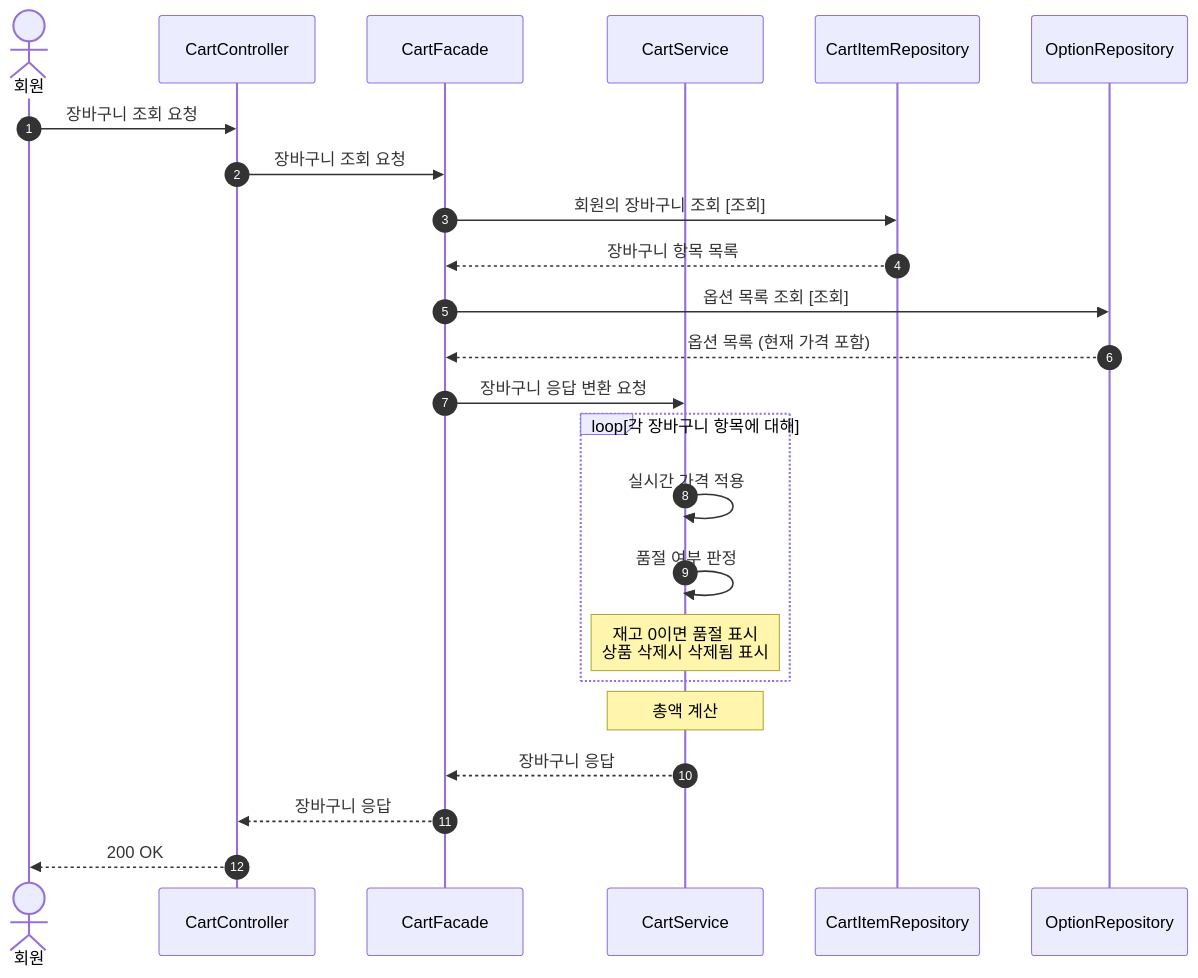
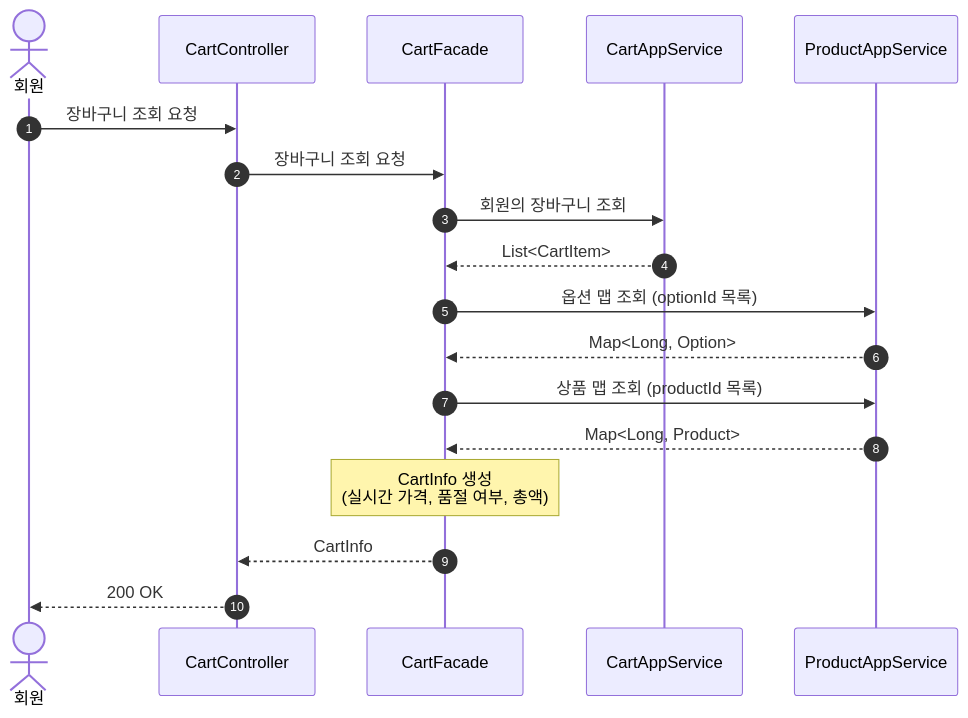
Before and after one commit to Loopers-dev-lab/loop-pack-be-l2-vol3-java: the tenth of 14 diagrams in docs/design/02-sequence-diagrams.md, drawn with Mermaid. The commit also changed other lines of this file and 2 other files, not shown here.

````diff
--- a/docs/design/02-sequence-diagrams.md
+++ b/docs/design/02-sequence-diagrams.md
@@ -618,34 +605,30 @@
 ```mermaid
 sequenceDiagram
     autonumber
     actor 회원
     participant Controller as CartController
     participant Facade as CartFacade
-    participant Service as CartService
-    participant CartRepo as CartItemRepository
-    participant OptionRepo as OptionRepository
+    participant CartAS as CartAppService
+    participant ProductAS as ProductAppService
 
     회원->>Controller: 장바구니 조회 요청
     Controller->>Facade: 장바구니 조회 요청
 
     %% 1. 장바구니 항목 조회
-    Facade->>CartRepo: 회원의 장바구니 조회 [조회]
-    CartRepo-->>Facade: 장바구니 항목 목록
+    Facade->>CartAS: 회원의 장바구니 조회
+    CartAS-->>Facade: List<CartItem>
 
-    %% 2. 옵션 정보 조회 (실시간 가격)
-    Facade->>OptionRepo: 옵션 목록 조회 [조회]
-    OptionRepo-->>Facade: 옵션 목록 (현재 가격 포함)
+    %% 2. 옵션 정보 배치 조회 (실시간 가격)
+    Facade->>ProductAS: 옵션 맵 조회 (optionId 목록)
+    ProductAS-->>Facade: Map<Long, Option>
 
-    %% 3. 응답 변환
-    Facade->>Service: 장바구니 응답 변환 요청
-    loop 각 장바구니 항목에 대해
-        Service->>Service: 실시간 가격 적용
-        Service->>Service: 품절 여부 판정
-        Note over Service: 재고 0이면 품절 표시<br/>상품 삭제시 삭제됨 표시
-    end
-    Note over Service: 총액 계산
-    Service-->>Facade: 장바구니 응답
+    %% 3. 상품 정보 배치 조회
+    Facade->>ProductAS: 상품 맵 조회 (productId 목록)
+    ProductAS-->>Facade: Map<Long, Product>
 
-    Facade-->>Controller: 장바구니 응답
+    %% 4. 응답 조립
+    Note over Facade: CartInfo 생성<br/>(실시간 가격, 품절 여부, 총액)
+
+    Facade-->>Controller: CartInfo
     Controller-->>회원: 200 OK
 ```
````
